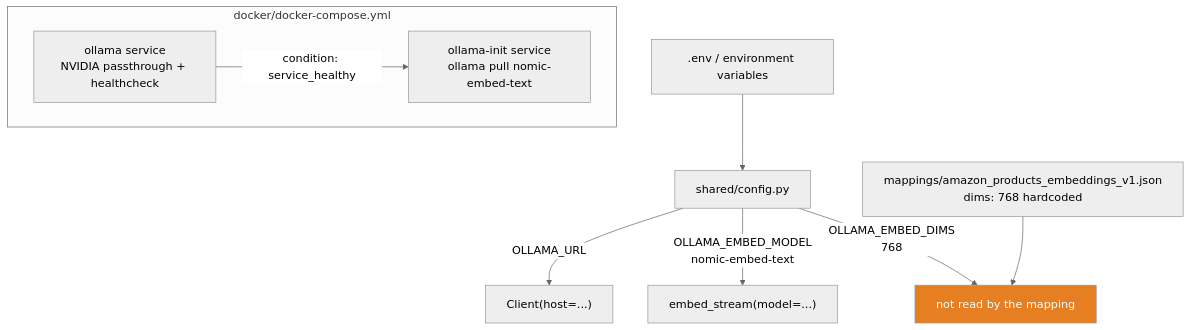
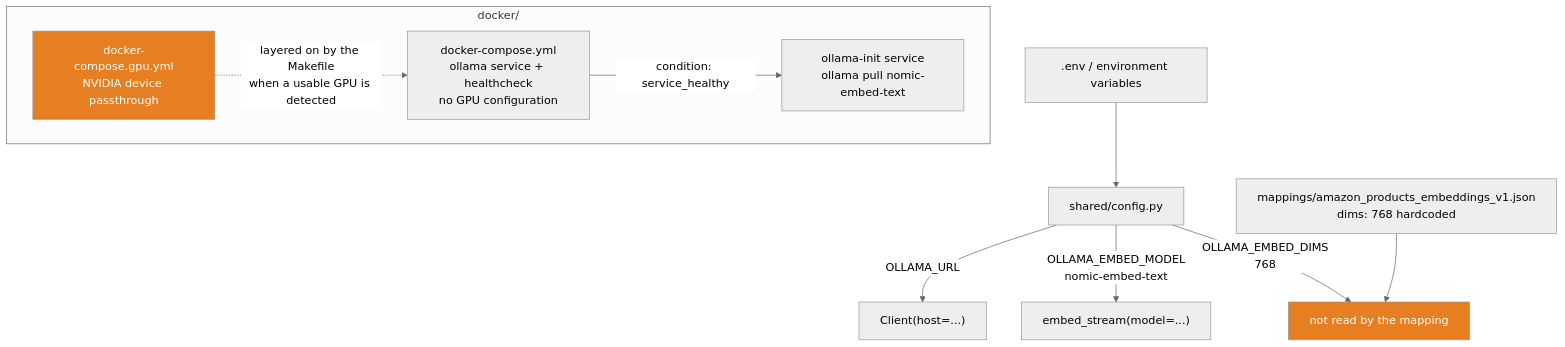
The third of 6 diagrams in article-02-vector-ingestion/ARCHITECTURE.md (Guillaume-Gozillon/search-lab-ingest), drawn with Mermaid (neutral theme) before and after one commit. The commit also changed other lines of this file and 2 other files, not shown here.

````diff
--- a/article-02-vector-ingestion/ARCHITECTURE.md
+++ b/article-02-vector-ingestion/ARCHITECTURE.md
@@ -62,17 +62,20 @@
 ```mermaid
 flowchart TD
     ENV[".env / environment variables"] --> CFG["shared/config.py"]
     CFG -->|OLLAMA_URL| C1["Client(host=...)"]
     CFG -->|"OLLAMA_EMBED_MODEL<br/>nomic-embed-text"| C2["embed_stream(model=...)"]
     CFG -->|"OLLAMA_EMBED_DIMS<br/>768"| C3["not read by the mapping"]
 
-    subgraph DOCKER["docker/docker-compose.yml"]
-        OL["ollama service<br/>NVIDIA passthrough + healthcheck"]
+    subgraph DOCKER["docker/"]
+        OL["docker-compose.yml<br/>ollama service + healthcheck<br/>no GPU configuration"]
+        GPUF["docker-compose.gpu.yml<br/>NVIDIA device passthrough"]
         INIT["ollama-init service<br/>ollama pull nomic-embed-text"]
+        GPUF -.->|"layered on by the Makefile<br/>when a usable GPU is detected"| OL
         OL -->|"condition: service_healthy"| INIT
     end
 
     MAP["mappings/amazon_products_embeddings_v1.json<br/>dims: 768 hardcoded"] --> C3
 
     style C3 fill:#e67e22,color:#fff
+    style GPUF fill:#e67e22,color:#fff
 ```
````
